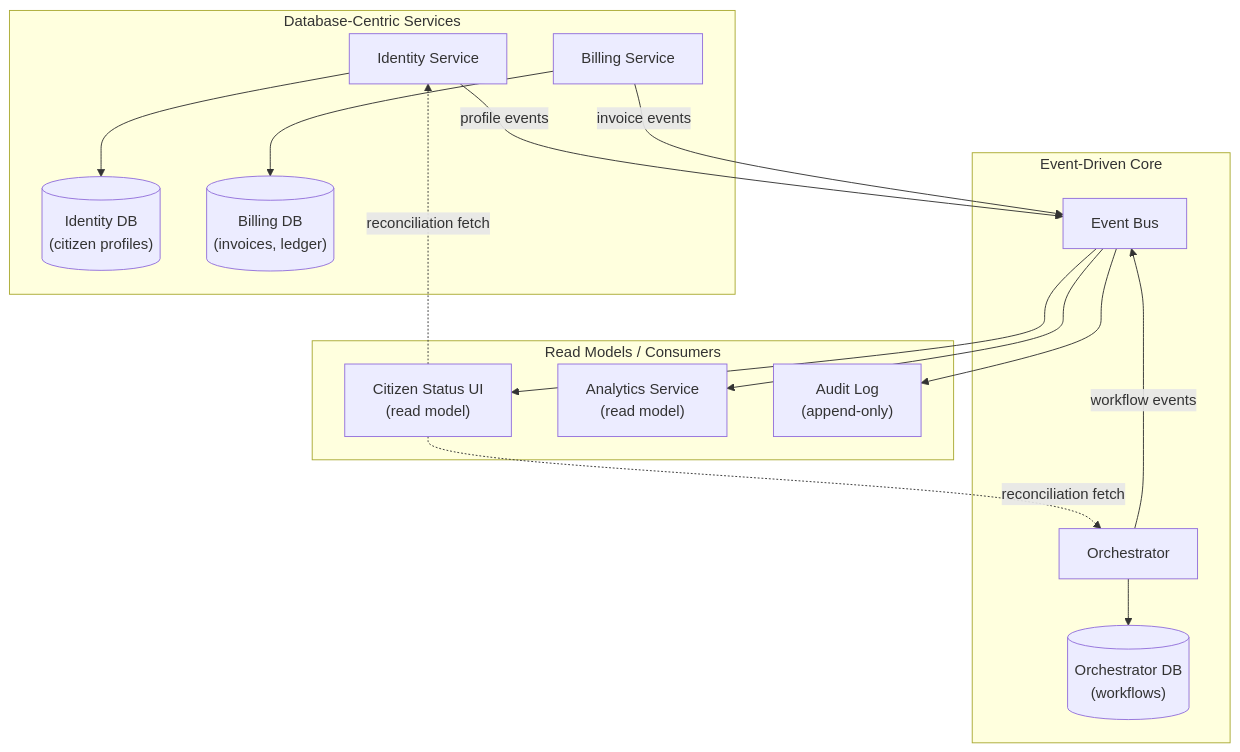
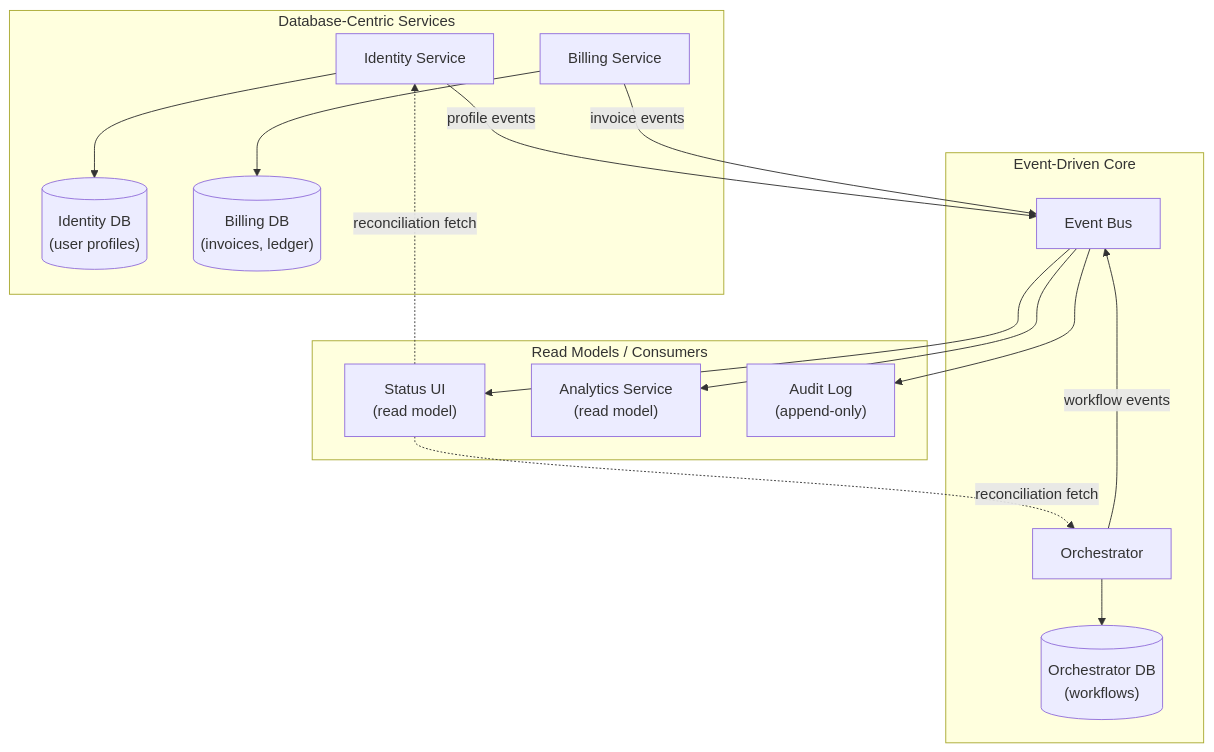
One commit to nitesh-2016/nitesh-portfolio changed the diagram in src/content/blog/the-seam-between-events-and-tables.md. Above: the diagram before and after it, drawn with Mermaid. The commit also changed other lines of this file, not shown here.

Commit message:
Make Seam post domain-generic (remove government/citizen wording)

````diff
--- a/src/content/blog/the-seam-between-events-and-tables.md
+++ b/src/content/blog/the-seam-between-events-and-tables.md
@@ -211,36 +211,36 @@
 ```mermaid
 flowchart TB
   subgraph "Database-Centric Services"
-    identityDB[("Identity DB<br/>(citizen profiles)")]
+    identityDB[("Identity DB<br/>(user profiles)")]
     identitySvc["Identity Service"]
     identitySvc --> identityDB
     
     billingDB[("Billing DB<br/>(invoices, ledger)")]
     billingSvc["Billing Service"]
     billingSvc --> billingDB
   end
   
   subgraph "Event-Driven Core"
     orchestrator["Orchestrator"]
     orchestratorDB[("Orchestrator DB<br/>(workflows)")]
     orchestrator --> orchestratorDB
     
     eventBus["Event Bus"]
     orchestrator -->|workflow events| eventBus
     identitySvc -->|profile events| eventBus
     billingSvc -->|invoice events| eventBus
   end
   
   subgraph "Read Models / Consumers"
-    statusUI["Citizen Status UI<br/>(read model)"]
+    statusUI["Status UI<br/>(read model)"]
     analytics["Analytics Service<br/>(read model)"]
     audit["Audit Log<br/>(append-only)"]
   end
   
   eventBus --> statusUI
   eventBus --> analytics
   eventBus --> audit
   
   statusUI -.->|reconciliation fetch| identitySvc
   statusUI -.->|reconciliation fetch| orchestrator
 ```
````
